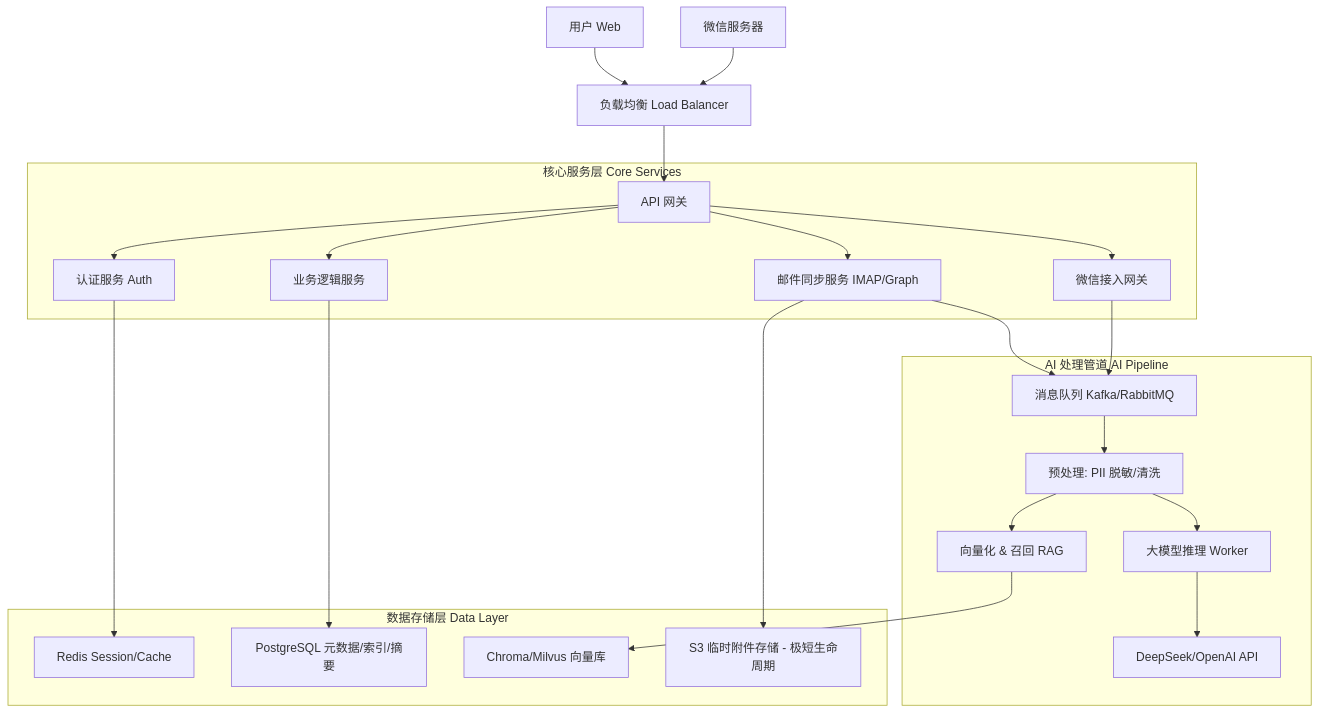
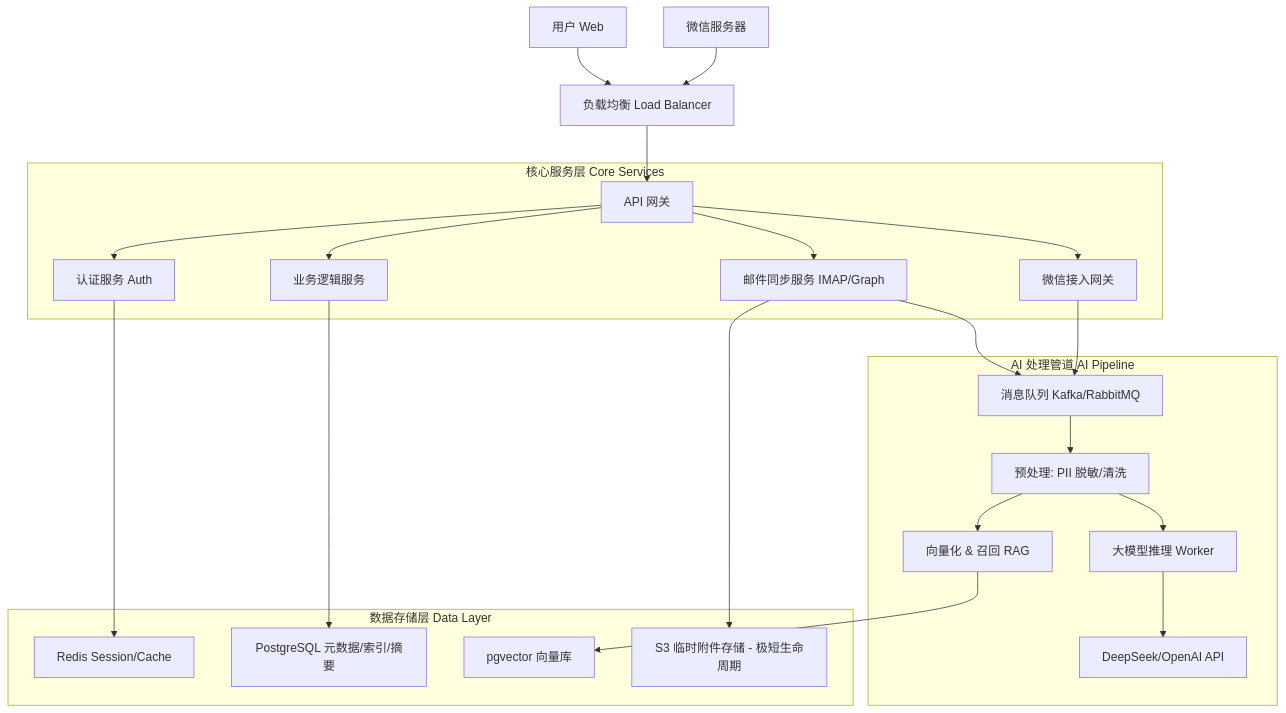
Before and after one commit to hrygo/echomind: the diagram in docs/product-design.md, drawn with Mermaid. The commit also changed other lines of this file and 10 other files, not shown here.

````diff
--- a/docs/product-design.md
+++ b/docs/product-design.md
@@ -7,29 +67,29 @@
 ```mermaid
 graph TD
     User[用户 Web] --> LB[负载均衡 Load Balancer]
     WeChat[微信服务器] --> LB
     LB --> API_Gateway[API 网关]
 
     subgraph 核心服务层 Core Services
         API_Gateway --> Auth_Svc[认证服务 Auth]
         API_Gateway --> Mail_Sync_Svc[邮件同步服务 IMAP/Graph]
         API_Gateway --> WeChat_Gateway[微信接入网关]
         API_Gateway --> Biz_Logic[业务逻辑服务]
     end
 
     subgraph AI 处理管道 AI Pipeline
         Mail_Sync_Svc --> Task_Queue[消息队列 Kafka/RabbitMQ]
         WeChat_Gateway --> Task_Queue
         Task_Queue --> Pre_Process[预处理: PII 脱敏/清洗]
         Pre_Process --> Vector_Engine[向量化 & 召回 RAG]
         Pre_Process --> LLM_Worker[大模型推理 Worker]
         LLM_Worker --> DeepSeek_API[DeepSeek/OpenAI API]
     end
 
     subgraph 数据存储层 Data Layer
         Auth_Svc --> Redis_Session[Redis Session/Cache]
         Biz_Logic --> DB_Meta[PostgreSQL 元数据/索引/摘要]
-        Vector_Engine --> Vector_DB[Chroma/Milvus 向量库]
+        Vector_Engine --> Vector_DB[pgvector 向量库]
         Mail_Sync_Svc --> Object_Store[S3 临时附件存储 - 极短生命周期]
     end
 ```
````
